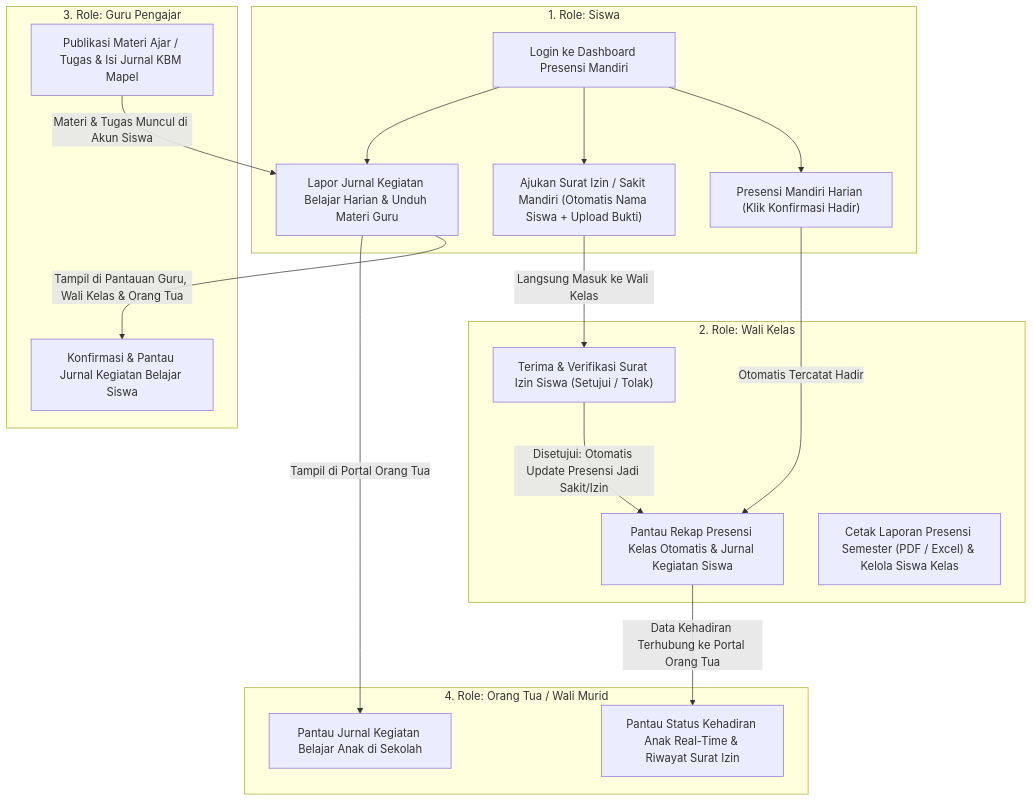
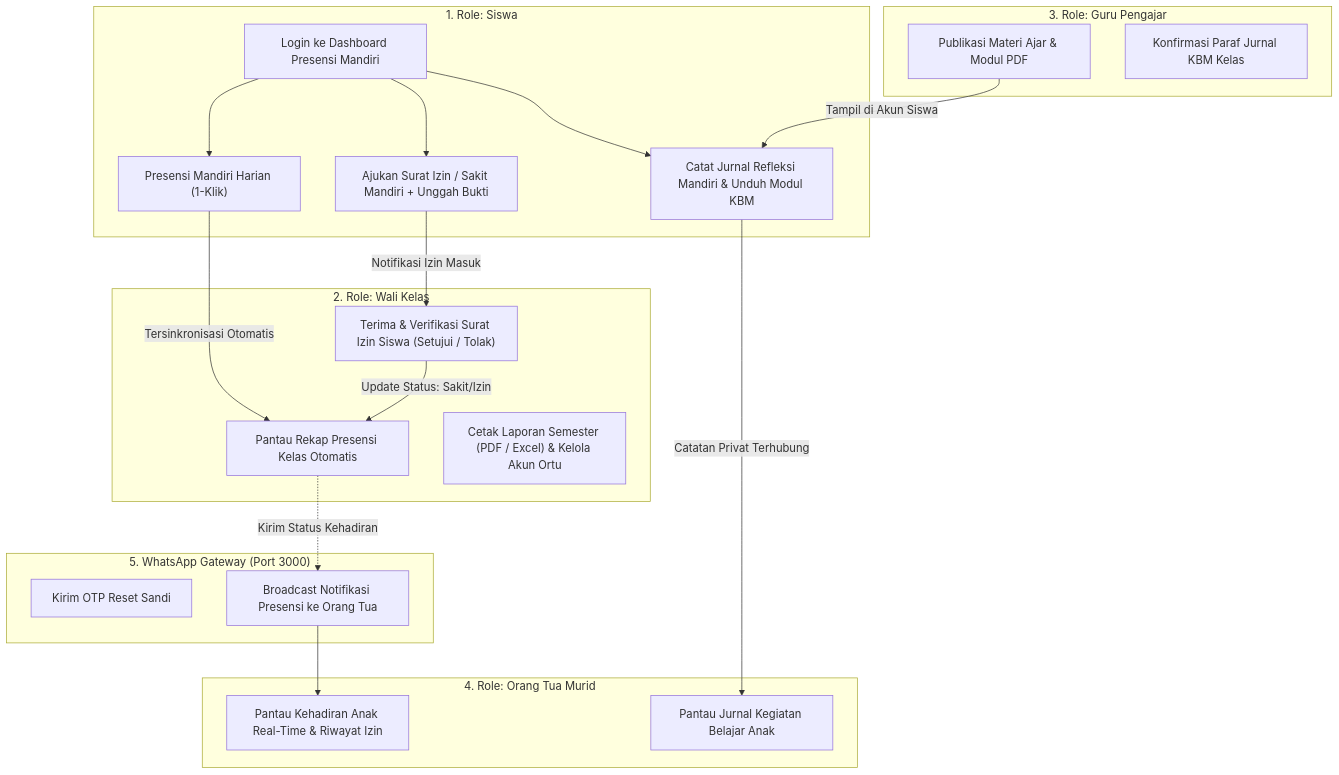
The diagram in README.md (rapeskul-cyber/jurnal-kelas-digital), drawn with Mermaid before and after one commit. The commit also changed other lines of this file and 2 other files, not shown here.

Commit message:
feat(wa-gateway & docs): upgrade Baileys WA gateway to v2.0 engine, enhance server.js entrypoint, and modernize README with full 6-role & service setup documentation

````diff
--- a/README.md
+++ b/README.md
@@ -25,32 +78,37 @@
 ```mermaid
 flowchart TD
     subgraph SISWA["1. Role: Siswa"]
-        S1["Login ke Dashboard Presensi Mandiri"] --> S2["Presensi Mandiri Harian (Klik Konfirmasi Hadir)"]
-        S1 --> S3["Ajukan Surat Izin / Sakit Mandiri (Otomatis Nama Siswa + Upload Bukti)"]
-        S1 --> S4["Lapor Jurnal Kegiatan Belajar Harian & Unduh Materi Guru"]
+        S1["Login ke Dashboard Presensi Mandiri"] --> S2["Presensi Mandiri Harian (1-Klik)"]
+        S1 --> S3["Ajukan Surat Izin / Sakit Mandiri + Unggah Bukti"]
+        S1 --> S4["Catat Jurnal Refleksi Mandiri & Unduh Modul KBM"]
     end
 
     subgraph WALIKELAS["2. Role: Wali Kelas"]
         W1["Terima & Verifikasi Surat Izin Siswa (Setujui / Tolak)"]
-        W2["Pantau Rekap Presensi Kelas Otomatis & Jurnal Kegiatan Siswa"]
-        W3["Cetak Laporan Presensi Semester (PDF / Excel) & Kelola Siswa Kelas"]
+        W2["Pantau Rekap Presensi Kelas Otomatis"]
+        W3["Cetak Laporan Semester (PDF / Excel) & Kelola Akun Ortu"]
     end
 
     subgraph PENGAJAR["3. Role: Guru Pengajar"]
-        G1["Publikasi Materi Ajar / Tugas & Isi Jurnal KBM Mapel"]
-        G2["Konfirmasi & Pantau Jurnal Kegiatan Belajar Siswa"]
+        G1["Publikasi Materi Ajar & Modul PDF"]
+        G2["Konfirmasi Paraf Jurnal KBM Kelas"]
     end
 
-    subgraph ORANGTUA["4. Role: Orang Tua / Wali Murid"]
-        O1["Pantau Status Kehadiran Anak Real-Time & Riwayat Surat Izin"]
-        O2["Pantau Jurnal Kegiatan Belajar Anak di Sekolah"]
+    subgraph ORANGTUA["4. Role: Orang Tua Murid"]
+        O1["Pantau Kehadiran Anak Real-Time & Riwayat Izin"]
+        O2["Pantau Jurnal Kegiatan Belajar Anak"]
     end
 
-    S2 -->|"Otomatis Tercatat Hadir"| W2
-    S3 -->|"Langsung Masuk ke Wali Kelas"| W1
-    W1 -->|"Disetujui: Otomatis Update Presensi Jadi Sakit/Izin"| W2
-    S4 -->|"Tampil di Pantauan Guru, Wali Kelas & Orang Tua"| G2
-    S4 -->|"Tampil di Portal Orang Tua"| O2
-    G1 -->|"Materi & Tugas Muncul di Akun Siswa"| S4
-    W2 -->|"Data Kehadiran Terhubung ke Portal Orang Tua"| O1
+    subgraph WAGATEWAY["5. WhatsApp Gateway (Port 3000)"]
+        WA1["Kirim OTP Reset Sandi"]
+        WA2["Broadcast Notifikasi Presensi ke Orang Tua"]
+    end
+
+    S2 -->|"Tersinkronisasi Otomatis"| W2
+    S3 -->|"Notifikasi Izin Masuk"| W1
+    W1 -->|"Update Status: Sakit/Izin"| W2
+    W2 -.->|"Kirim Status Kehadiran"| WA2
+    WA2 --> O1
+    S4 -->|"Catatan Privat Terhubung"| O2
+    G1 -->|"Tampil di Akun Siswa"| S4
 ```
````
